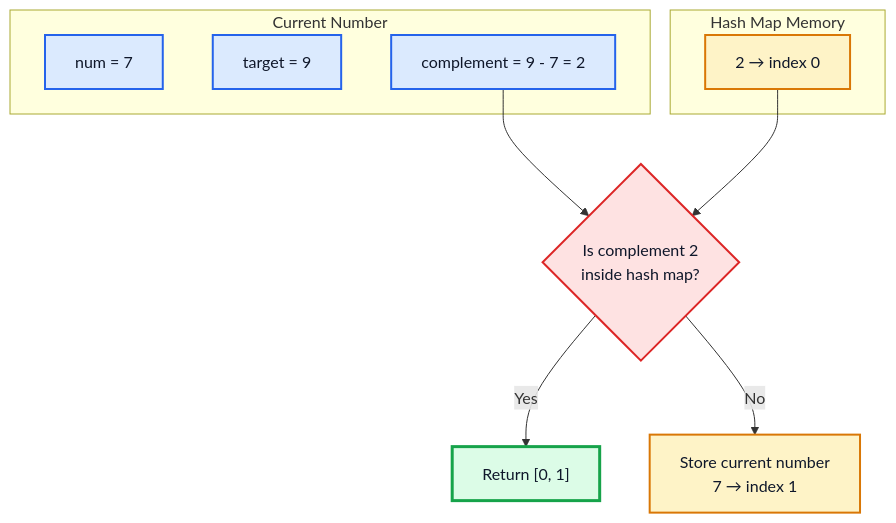
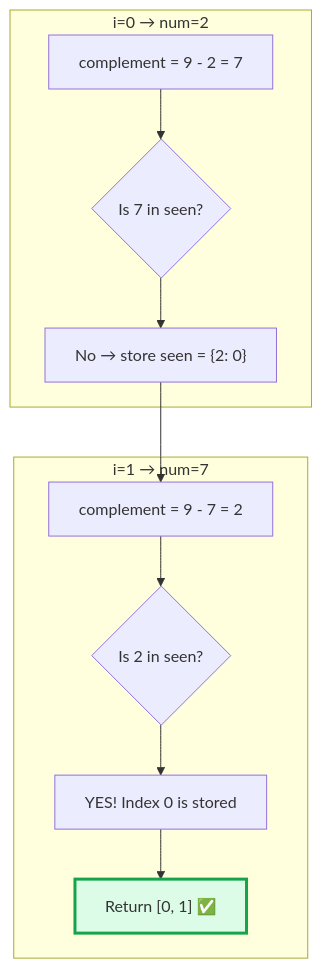
Before and after one commit to M-F-Tushar/LeetCode-Problem-Solving: the tenth of 12 diagrams in 01 - Two Sum/README.md, drawn with Mermaid. The commit also changed other lines of this file, not shown here.

````diff
--- a/01 - Two Sum/README.md
+++ b/01 - Two Sum/README.md
@@ -329,29 +339,19 @@
 ```mermaid
 flowchart TD
-    subgraph CurrentStep["Current Number"]
-        A["num = 7"]
-        B["target = 9"]
-        C["complement = 9 - 7 = 2"]
+    subgraph Step1["i=0 → num=2"]
+        A1["complement = 9 - 2 = 7"]
+        A2{"Is 7 in seen?"}
+        A3["No → store seen = {2: 0}"]
     end
 
-    subgraph Memory["Hash Map Memory"]
-        D["2 → index 0"]
+    subgraph Step2["i=1 → num=7"]
+        B1["complement = 9 - 7 = 2"]
+        B2{"Is 2 in seen?"}
+        B3["YES! Index 0 is stored"]
+        B4["Return [0, 1] ✅"]
     end
 
-    C --> E{"Is complement 2<br/>inside hash map?"}
-    D --> E
+    A1 --> A2 --> A3 --> B1 --> B2 --> B3 --> B4
 
-    E -->|Yes| F["Return [0, 1]"]
-    E -->|No| G["Store current number<br/>7 → index 1"]
-
-    classDef current fill:#dbeafe,stroke:#2563eb,stroke-width:2px,color:#0f172a;
-    classDef memory fill:#fef3c7,stroke:#d97706,stroke-width:2px,color:#0f172a;
-    classDef decision fill:#fee2e2,stroke:#dc2626,stroke-width:2px,color:#0f172a;
-    classDef success fill:#dcfce7,stroke:#16a34a,stroke-width:3px,color:#0f172a;
-
-    class A,B,C current;
-    class D memory;
-    class E decision;
-    class F success;
-    class G memory;
+    style B4 fill:#dcfce7,stroke:#16a34a,stroke-width:3px
 ```
````
